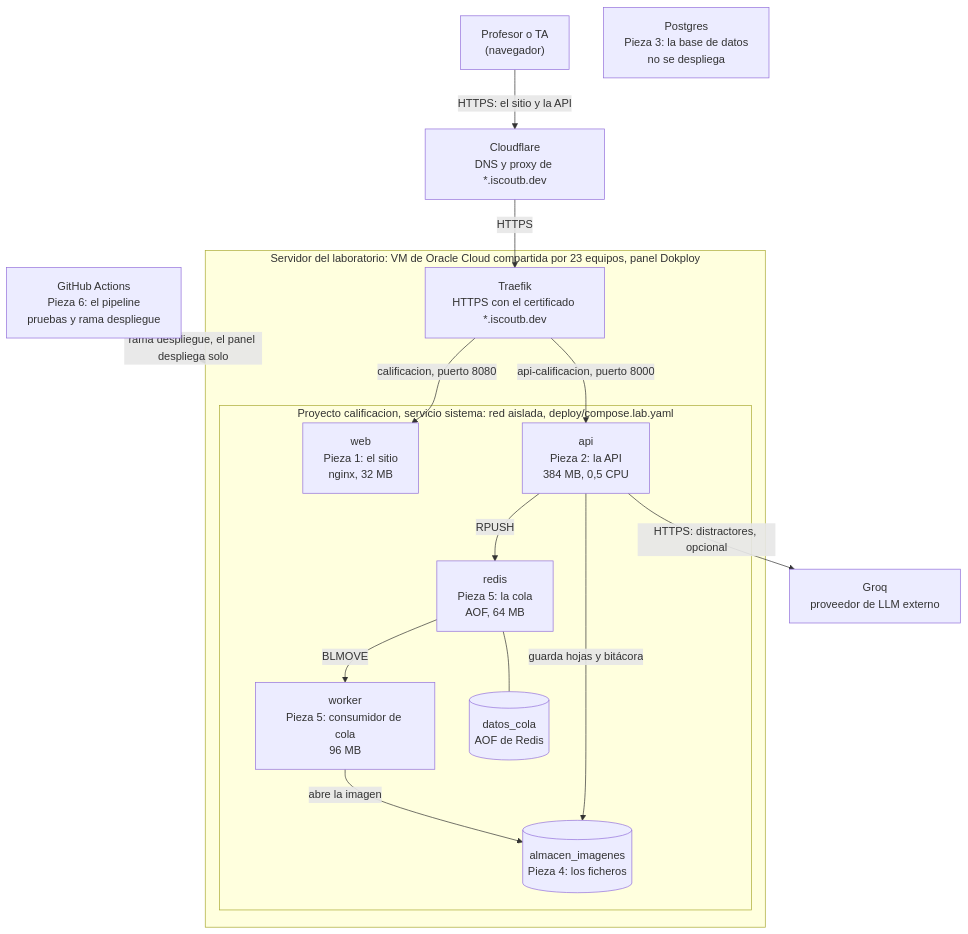
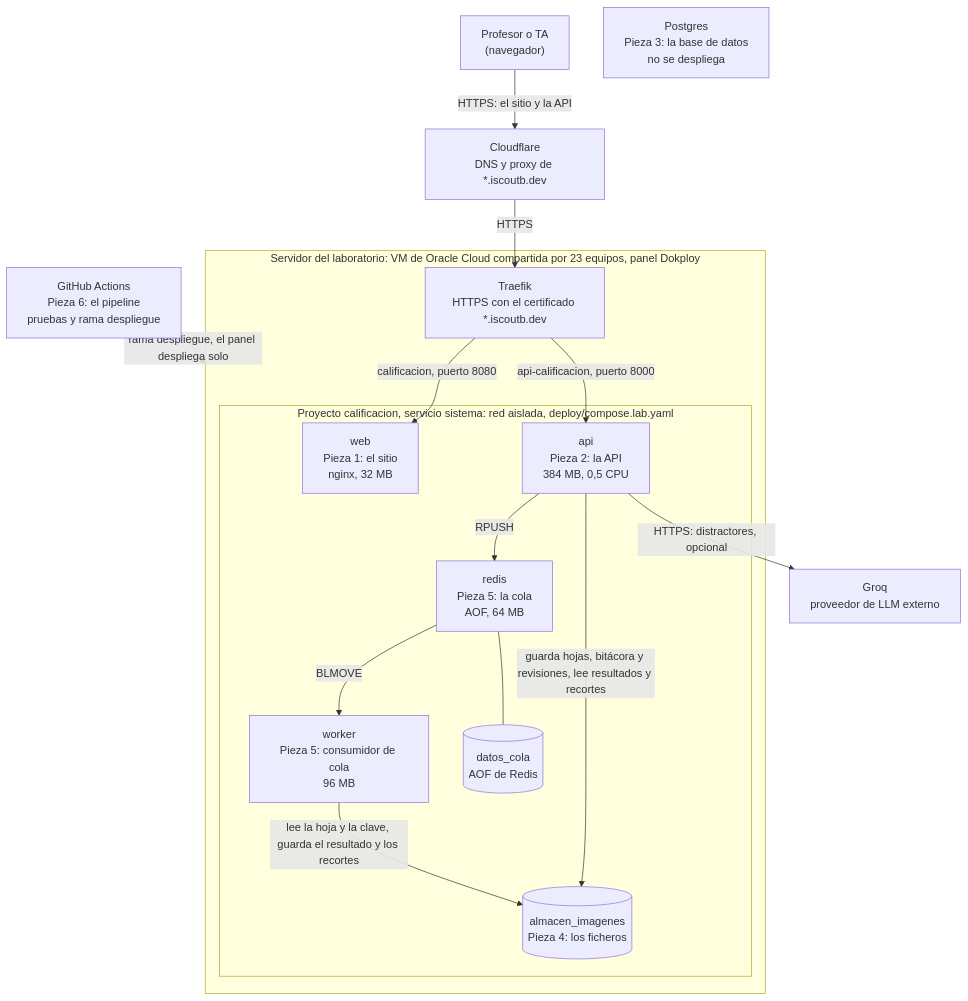
The seventh of 8 diagrams in docs/arc42/arc42-template-ES.md (ISCOUTB/AS_202620_Sistema-de-calificacion-automatica), drawn with Mermaid before and after one commit. The commit also changed other lines of this file, not shown here.

````diff
--- a/docs/arc42/arc42-template-ES.md
+++ b/docs/arc42/arc42-template-ES.md
@@ -740,33 +913,33 @@
 ```mermaid
 flowchart TB
     profesor["Profesor o TA<br/>(navegador)"]
     github["GitHub Actions<br/>Pieza 6: el pipeline<br/>pruebas y rama despliegue"]
     cloudflare["Cloudflare<br/>DNS y proxy de *.iscoutb.dev"]
 
     subgraph servidor["Servidor del laboratorio: VM de Oracle Cloud compartida por 23 equipos, panel Dokploy"]
         traefik["Traefik<br/>HTTPS con el certificado *.iscoutb.dev"]
         subgraph equipo["Proyecto calificacion, servicio sistema: red aislada, deploy/compose.lab.yaml"]
             web["web<br/>Pieza 1: el sitio<br/>nginx, 32 MB"]
             api["api<br/>Pieza 2: la API<br/>384 MB, 0,5 CPU"]
             worker["worker<br/>Pieza 5: consumidor de cola<br/>96 MB"]
             redis["redis<br/>Pieza 5: la cola<br/>AOF, 64 MB"]
             almacen[("almacen_imagenes<br/>Pieza 4: los ficheros")]
             datos[("datos_cola<br/>AOF de Redis")]
         end
     end
 
     postgres["Postgres<br/>Pieza 3: la base de datos<br/>no se despliega"]
     groq["Groq<br/>proveedor de LLM externo"]
 
     profesor -->|HTTPS: el sitio y la API| cloudflare
     cloudflare -->|HTTPS| traefik
     traefik -->|calificacion, puerto 8080| web
     traefik -->|api-calificacion, puerto 8000| api
-    api -->|guarda hojas y bitácora| almacen
-    worker -->|abre la imagen| almacen
+    api -->|guarda hojas, bitácora y revisiones, lee resultados y recortes| almacen
+    worker -->|lee la hoja y la clave, guarda el resultado y los recortes| almacen
     api -->|RPUSH| redis
     redis -->|BLMOVE| worker
     redis --- datos
     api -->|HTTPS: distractores, opcional| groq
     github -->|rama despliegue, el panel despliega solo| servidor
 ```
````
